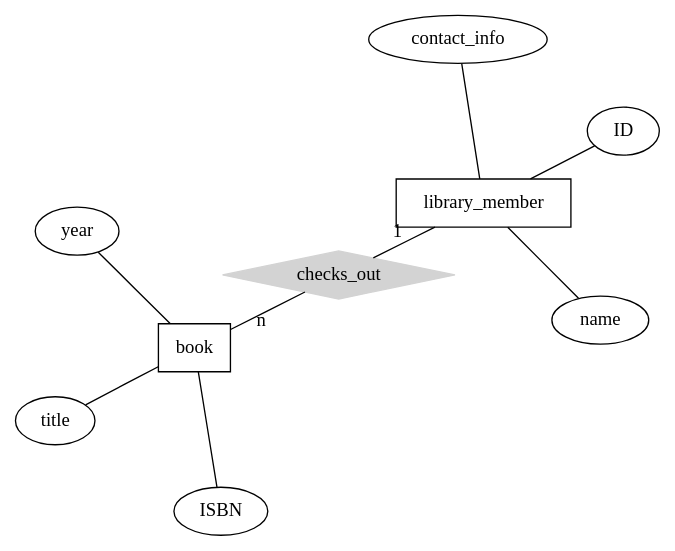
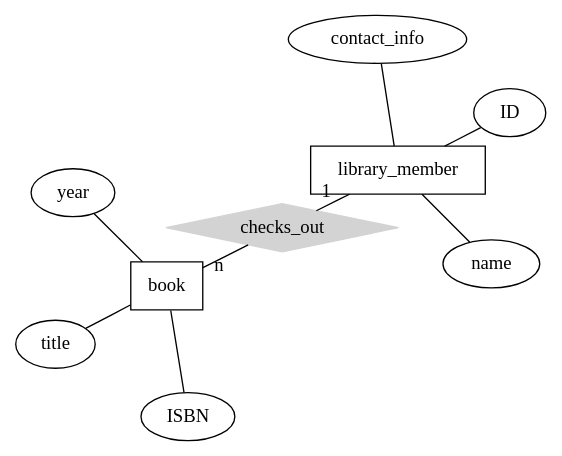
The first of 2 diagrams in hw2/README.qmd (cmsc-vcu/cmsc508-fa2023-hw2-camslam13), drawn with Graphviz before and after one commit. The commit also changed 1 other file, not shown here.

Commit message:
my first commit to this repo

````diff
--- a/hw2/README.qmd
+++ b/hw2/README.qmd
@@ -21,20 +21,20 @@
 ```{dot}
 //| echo: false
 graph ER {
     layout=neato;
-    scale=1.5;
+    scale=1.2;
     node [shape=box]; book; library_member;
     node [shape=ellipse]; name, contact_info, ID, year, title, ISBN
     node [shape=diamond,style=filled,color=lightgrey]; checks_out
     
     library_member -- checks_out [label="1",len=1.00]
     checks_out -- book [label="n",len=1.00]
     
+    library_member -- ID
+    library_member -- name
+    library_member -- contact_info
     book -- year
     book -- title
     book -- ISBN
-    library_member -- ID
-    library_member -- name
-    library_member -- contact_info
 }
 ```
````
